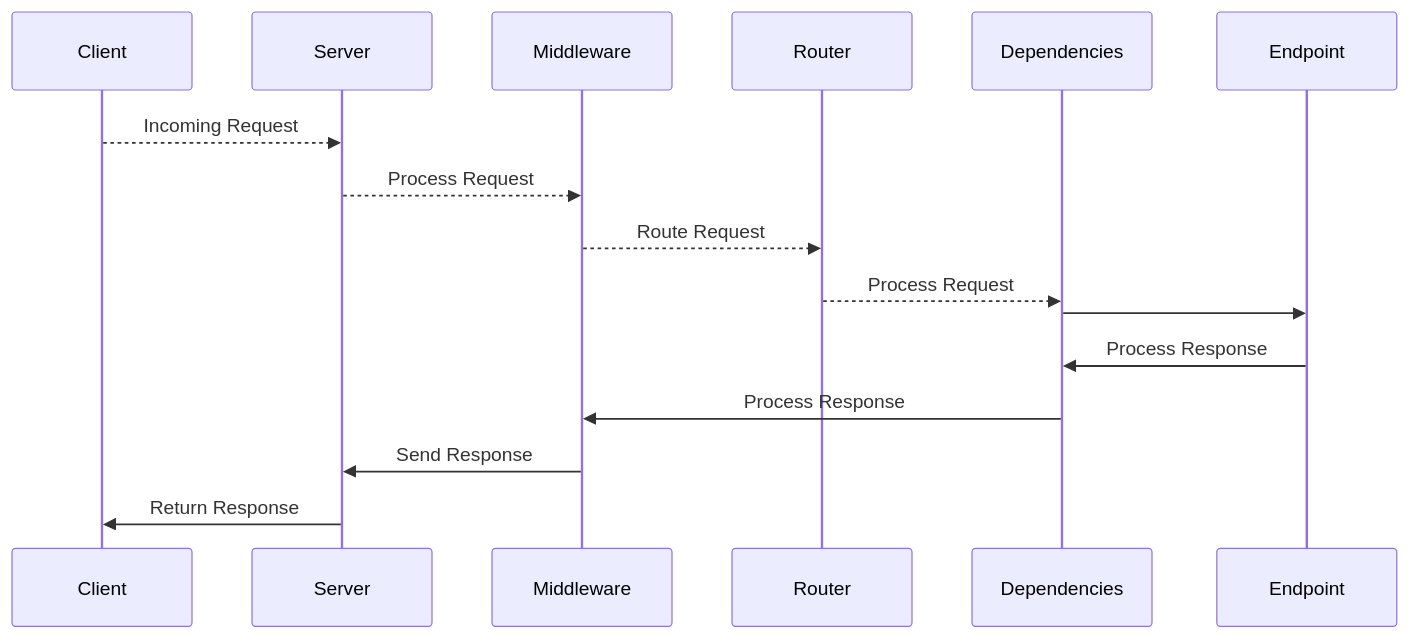
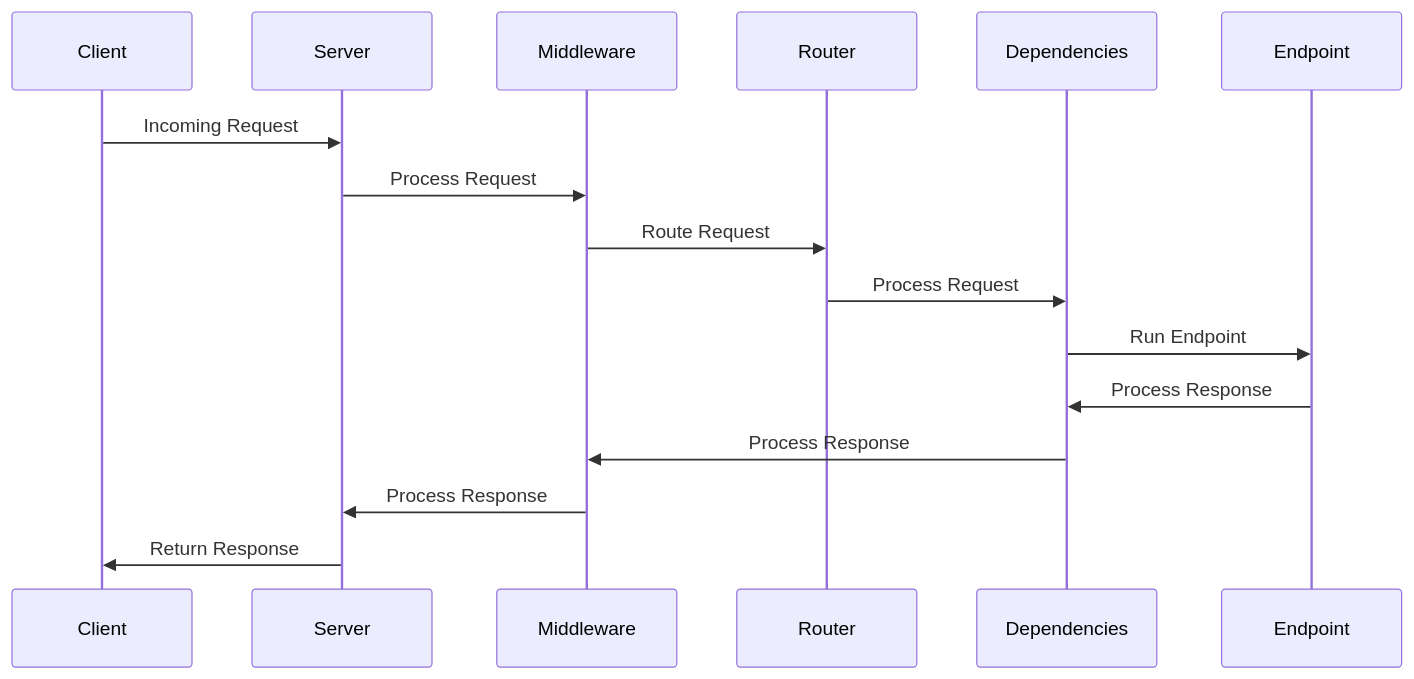
The diagram in docs/tutorial/middleware/diagram_001.mmd (adriangb/xpresso), drawn with Mermaid before and after one commit. The commit also changed 1 other file, not shown here.

Commit message:
doc: fix middleware docs sequence diagram

```diff
--- a/docs/tutorial/middleware/diagram_001.mmd
+++ b/docs/tutorial/middleware/diagram_001.mmd
@@ -1,10 +1,16 @@
 sequenceDiagram
-    Client-->>Server: Incoming Request
-    Server-->>Middleware: Process Request
-    Middleware-->>Router: Route Request
-    Router-->>Dependencies: Process Request
-    Dependencies->>Endpoint:
+    participant Client
+    participant Server
+    participant Middleware
+    participant Router
+    participant Dependencies
+    participant Endpoint
+    Client->>Server: Incoming Request
+    Server->>Middleware: Process Request
+    Middleware->>Router: Route Request
+    Router->>Dependencies: Process Request
+    Dependencies->>Endpoint: Run Endpoint
     Endpoint->>Dependencies: Process Response
     Dependencies->>Middleware: Process Response
-    Middleware->>Server: Send Response
+    Middleware->>Server: Process Response
     Server->>Client: Return Response
```
